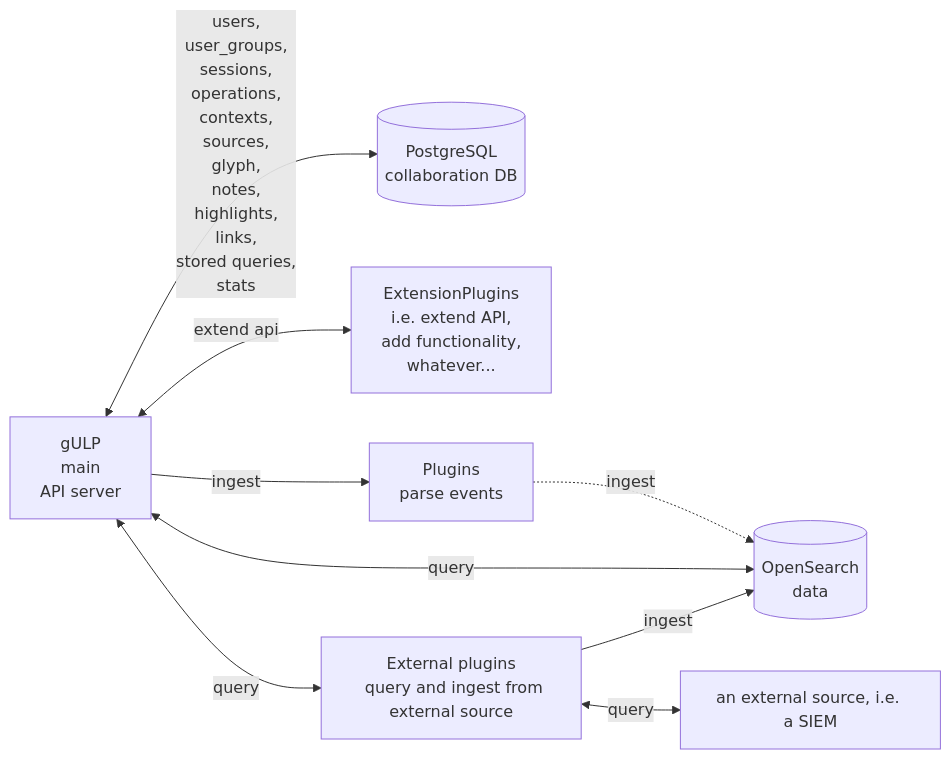
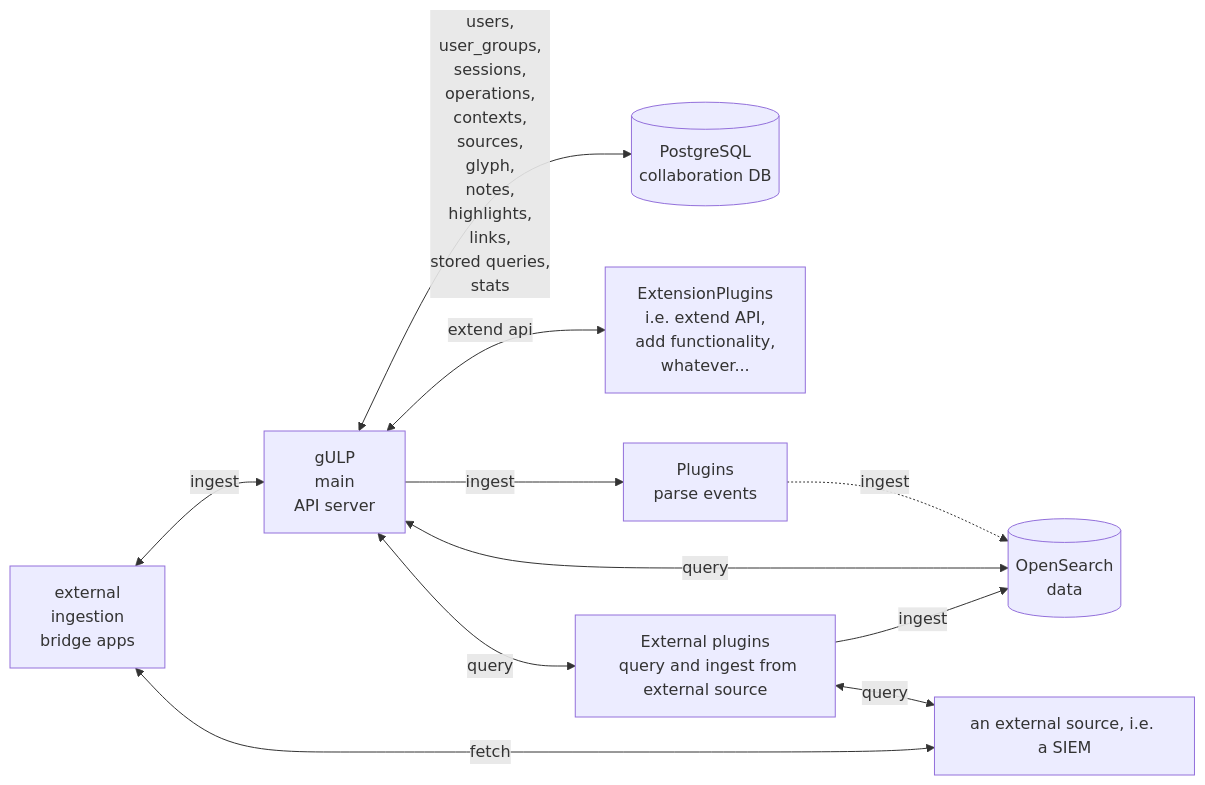
One commit to mentat-is/gulp changed the first of 7 diagrams in docs/architecture.md. Above: the diagram before and after it, drawn with Mermaid.

Commit message:
docs: small fix in architecture docs

````diff
--- a/docs/architecture.md
+++ b/docs/architecture.md
@@ -14,46 +14,53 @@
 ```mermaid
 flowchart LR
 gulp[gULP
   main
   API server]
+
+bridges[external 
+ingestion
+  bridge apps]
 
 collab[(PostgreSQL
   collaboration DB)]
 
 extension_plugin[ExtensionPlugins
   i.e. extend API,
     add functionality,
     whatever...]
 
 plugin[Plugins
   parse events]
 
 external_plugin[External plugins
   query and ingest from external source]
 
 external_source[an external source, i.e. a SIEM]
 
 opensearch[(OpenSearch
   data)]
 
 gulp <-->|users,
   user_groups,
   sessions,
   operations,
   contexts,
   sources,
   glyph,
   notes,
   highlights,
   links,
   stored queries,
   stats
   | collab
 
+bridges<-->|ingest| gulp
 gulp <-->|extend api| extension_plugin
 gulp -->|ingest| plugin
 plugin-.ingest.->opensearch
 gulp<--query-->opensearch
 gulp<-->|query|external_plugin<-->|query|external_source
 external_plugin-->|ingest|opensearch
+bridges<-->|fetch| external_source
+
 ```
````
